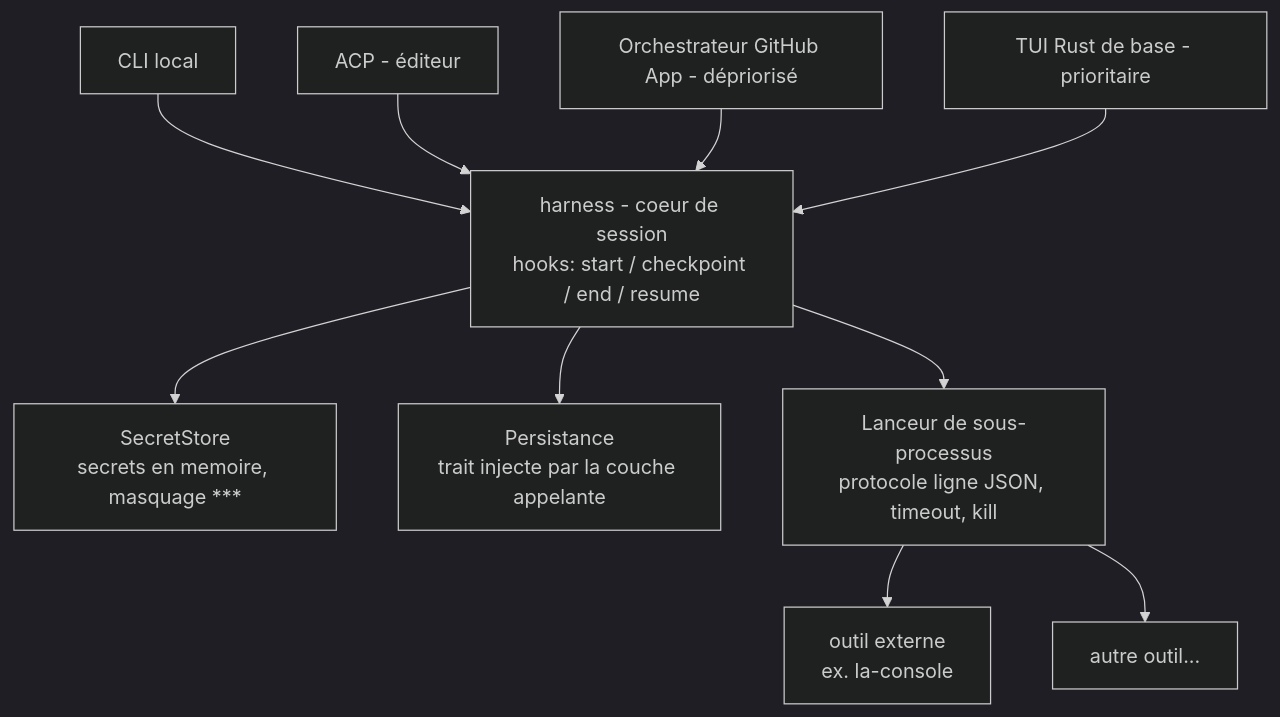
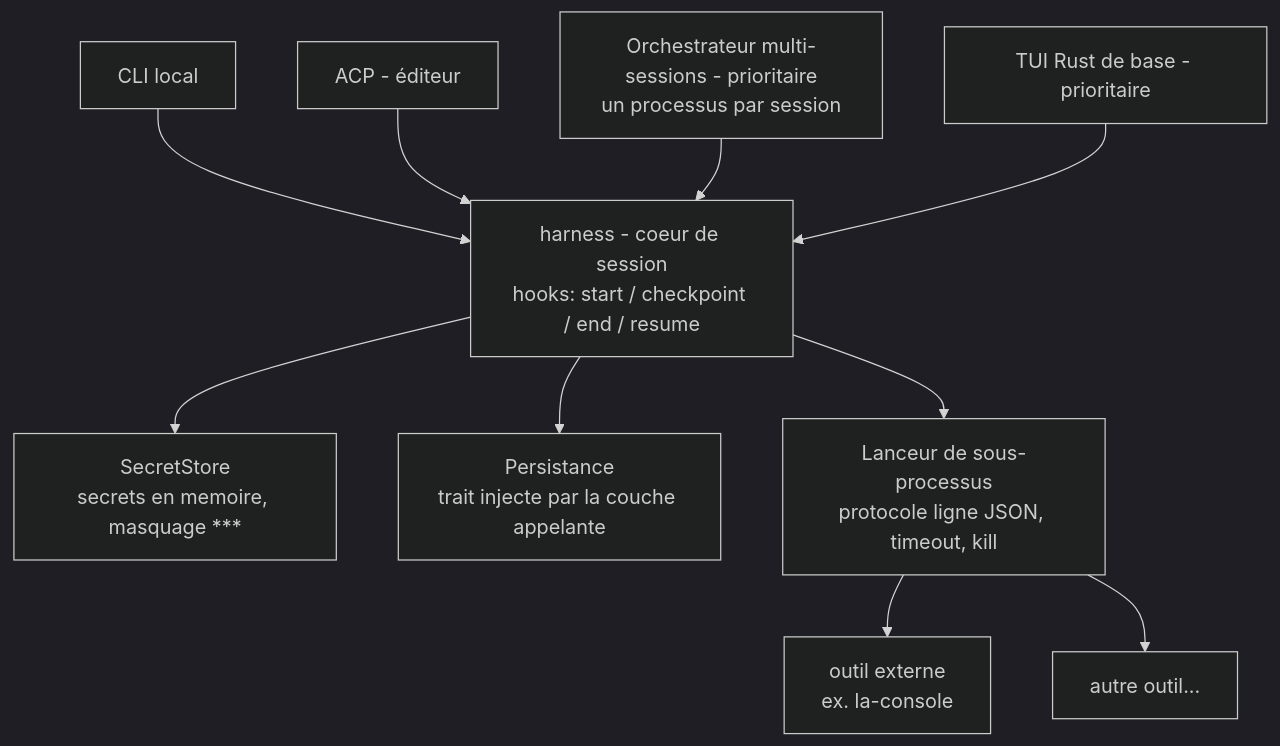
One commit to clemparpa/LeHarness changed the diagram in spec/architecture.md. Above: the diagram before and after it, drawn with Mermaid (dark theme). The commit also changed other lines of this file and 6 other files, not shown here.

First line of the commit message:
docs: concurrence as a goal — multi-session orchestrator (step 8, re-prioritized) + bounded parallel tool calls (step 9), still no async runtime

````diff
--- a/spec/architecture.md
+++ b/spec/architecture.md
@@ -10,12 +10,12 @@
 ```mermaid
 flowchart TD
     T1[CLI local] --> H
     T2[ACP - éditeur] --> H
-    T3[Orchestrateur GitHub App - dépriorisé] --> H
+    T3[Orchestrateur multi-sessions - prioritaire<br/>un processus par session] --> H
     T4[TUI Rust de base - prioritaire] --> H
     H[harness - coeur de session<br/>hooks: start / checkpoint / end / resume] --> S[SecretStore<br/>secrets en memoire, masquage ***]
     H --> P[Persistance<br/>trait injecte par la couche appelante]
     H --> L[Lanceur de sous-processus<br/>protocole ligne JSON, timeout, kill]
     L --> O1[outil externe<br/>ex. la-console]
     L --> O2[autre outil...]
 ```
````
